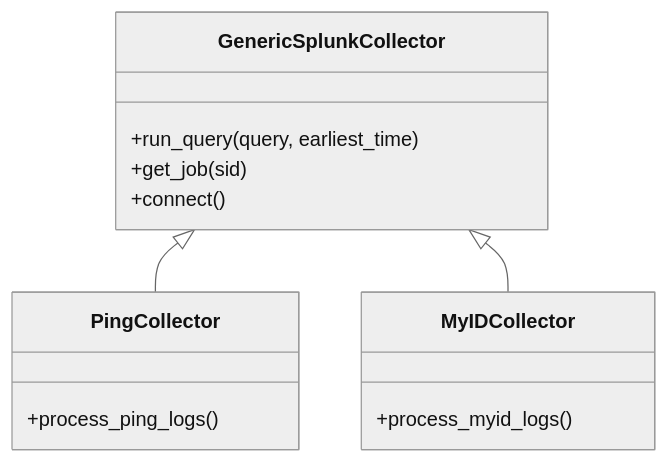
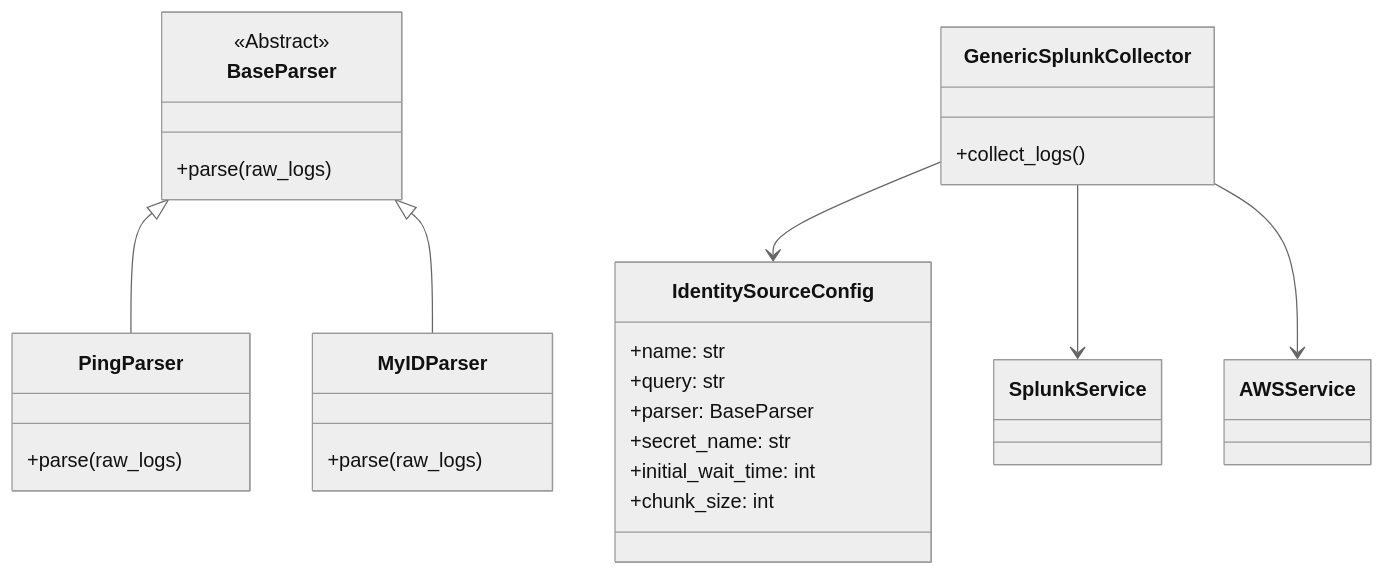
Before and after one commit to usadisney/ideas: the sixth of 6 diagrams in README.md, drawn with Mermaid (neutral theme). The commit also changed other lines of this file, not shown here.

````diff
--- a/README.md
+++ b/README.md
@@ -497,16 +582,29 @@
 ```mermaid
 classDiagram
+    class IdentitySourceConfig{
+        +name: str
+        +query: str
+        +parser: BaseParser
+        +secret_name: str
+        +initial_wait_time: int
+        +chunk_size: int
+    }
+    class BaseParser{
+        <<Abstract>>
+        +parse(raw_logs)
+    }
+    class PingParser{
+        +parse(raw_logs)
+    }
+    class MyIDParser{
+        +parse(raw_logs)
+    }
+    BaseParser <|-- PingParser
+    BaseParser <|-- MyIDParser
     class GenericSplunkCollector{
-        +run_query(query, earliest_time)
-        +get_job(sid)
-        +connect()
+        +collect_logs()
     }
-    class PingCollector{
-        +process_ping_logs()
-    }
-    class MyIDCollector{
-        +process_myid_logs()
-    }
-    GenericSplunkCollector <|-- PingCollector
-    GenericSplunkCollector <|-- MyIDCollector
+    GenericSplunkCollector --> IdentitySourceConfig
+    GenericSplunkCollector --> SplunkService
+    GenericSplunkCollector --> AWSService
 ```
````
